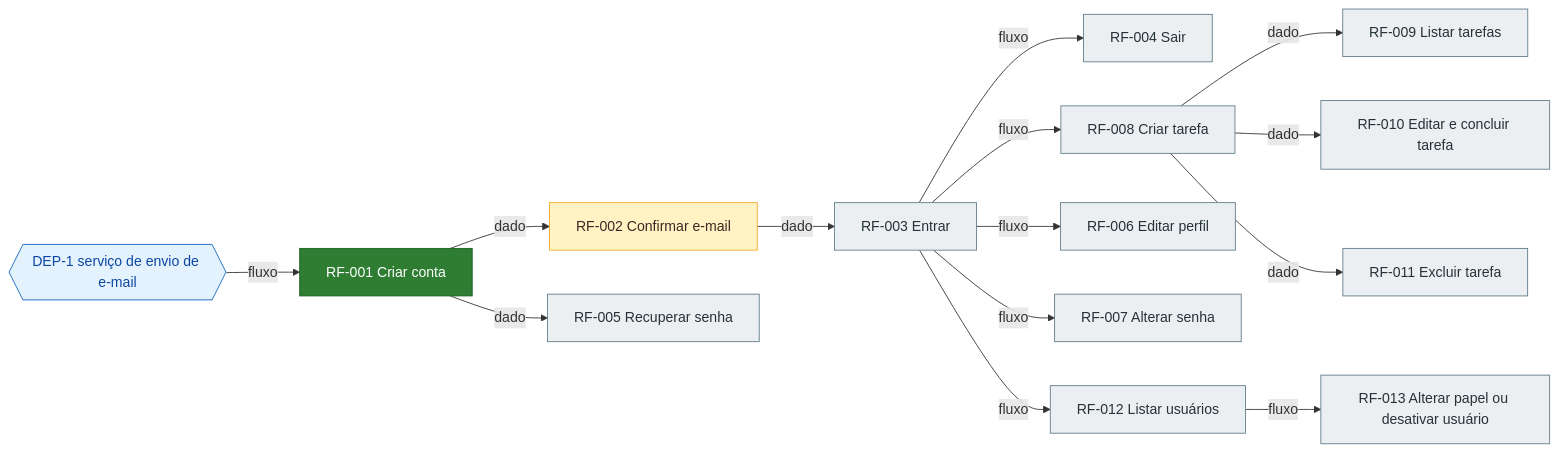
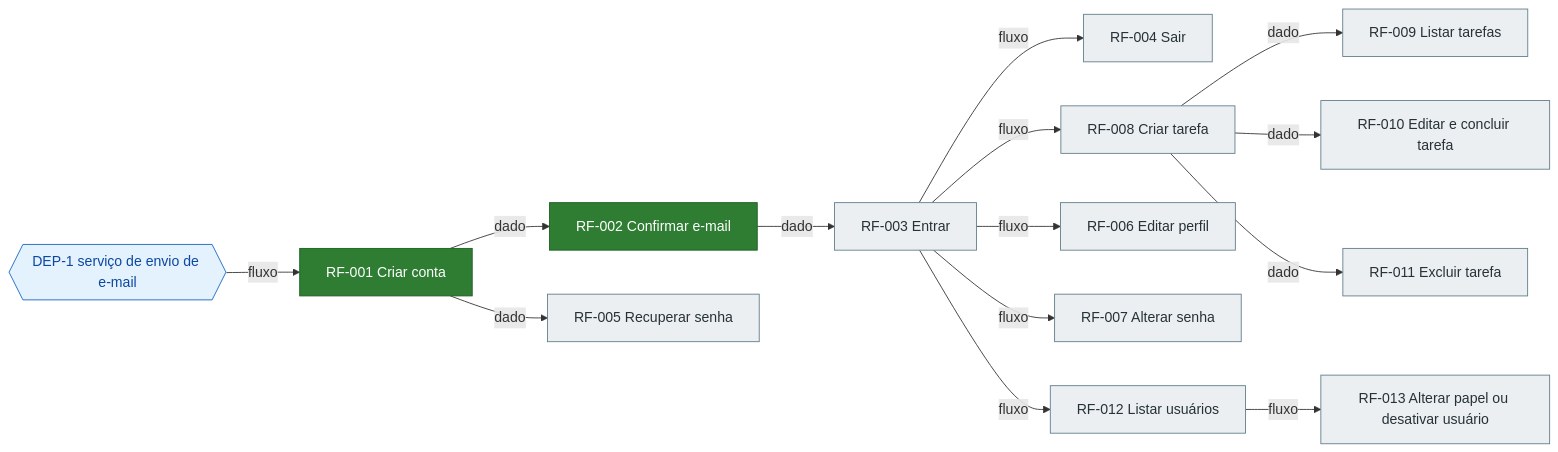
One commit to maiconsouza89/ai-template-harness-nestj-react-monorepo changed the diagram in docs/product/roadmap.md. Above: the diagram before and after it, drawn with Mermaid. The commit also changed other lines of this file and 2 other files, not shown here.

````diff
--- a/docs/product/roadmap.md
+++ b/docs/product/roadmap.md
@@ -18,35 +18,35 @@
 ```mermaid
 graph LR
   DEP1{{"DEP-1 serviço de envio de e-mail"}}:::externa
   RF001["RF-001 Criar conta"]:::feito
-  RF002["RF-002 Confirmar e-mail"]:::andamento
+  RF002["RF-002 Confirmar e-mail"]:::feito
   RF005["RF-005 Recuperar senha"]:::pendente
   RF003["RF-003 Entrar"]:::pendente
   RF004["RF-004 Sair"]:::pendente
   RF008["RF-008 Criar tarefa"]:::pendente
   RF006["RF-006 Editar perfil"]:::pendente
   RF007["RF-007 Alterar senha"]:::pendente
   RF012["RF-012 Listar usuários"]:::pendente
   RF009["RF-009 Listar tarefas"]:::pendente
   RF010["RF-010 Editar e concluir tarefa"]:::pendente
   RF011["RF-011 Excluir tarefa"]:::pendente
   RF013["RF-013 Alterar papel ou desativar usuário"]:::pendente
   DEP1 -->|fluxo| RF001
   RF001 -->|dado| RF002
   RF002 -->|dado| RF003
   RF003 -->|fluxo| RF004
   RF001 -->|dado| RF005
   RF003 -->|fluxo| RF006
   RF003 -->|fluxo| RF007
   RF003 -->|fluxo| RF008
   RF008 -->|dado| RF009
   RF008 -->|dado| RF010
   RF008 -->|dado| RF011
   RF003 -->|fluxo| RF012
   RF012 -->|fluxo| RF013
   classDef pendente fill:#eceff1,stroke:#607d8b,color:#263238
   classDef andamento fill:#fff3c4,stroke:#f9a825,color:#3e2723
   classDef feito fill:#2e7d32,stroke:#1b5e20,color:#ffffff
   classDef bloqueado fill:#c62828,stroke:#8e0000,color:#ffffff
   classDef externa fill:#e3f2fd,stroke:#1565c0,color:#0d47a1
 ```
````
